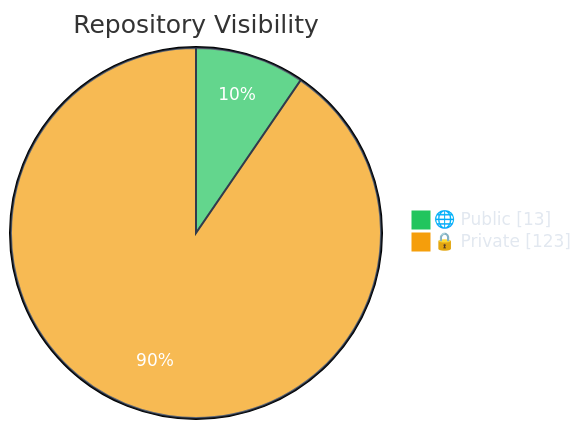
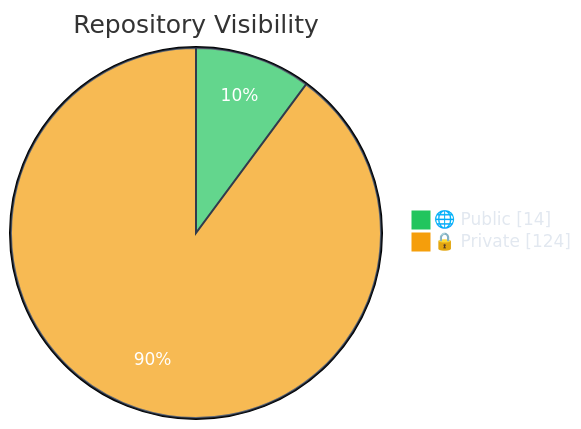
One commit to polo-nyan/polo-nyan changed the first of 7 diagrams in README.md. Above: the diagram before and after it, drawn with Mermaid. The commit also changed other lines of this file and 1 other file, not shown here.

````diff
--- a/README.md
+++ b/README.md
@@ -83,7 +83,7 @@
 ```mermaid
 %%{init: {"theme": "base", "themeVariables": { "pie1": "#22c55e", "pie2": "#f59e0b", "pie3": "#3b82f6", "pie4": "#ec4899", "pieTextColor": "#ffffff", "pieLegendTextColor": "#e2e8f0", "pieSectionTextColor": "#ffffff", "pieStrokeColor": "#1e293b" }}}%%
 pie showData
     title Repository Visibility
-    "🌐 Public" : 13
-    "🔒 Private" : 123
+    "🌐 Public" : 14
+    "🔒 Private" : 124
 ```
````
